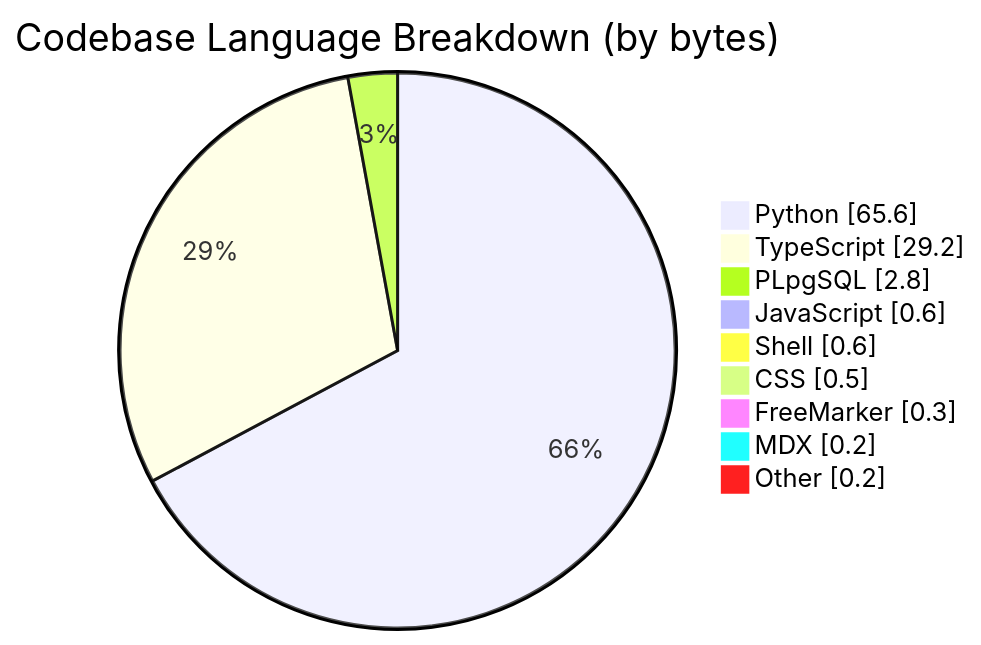
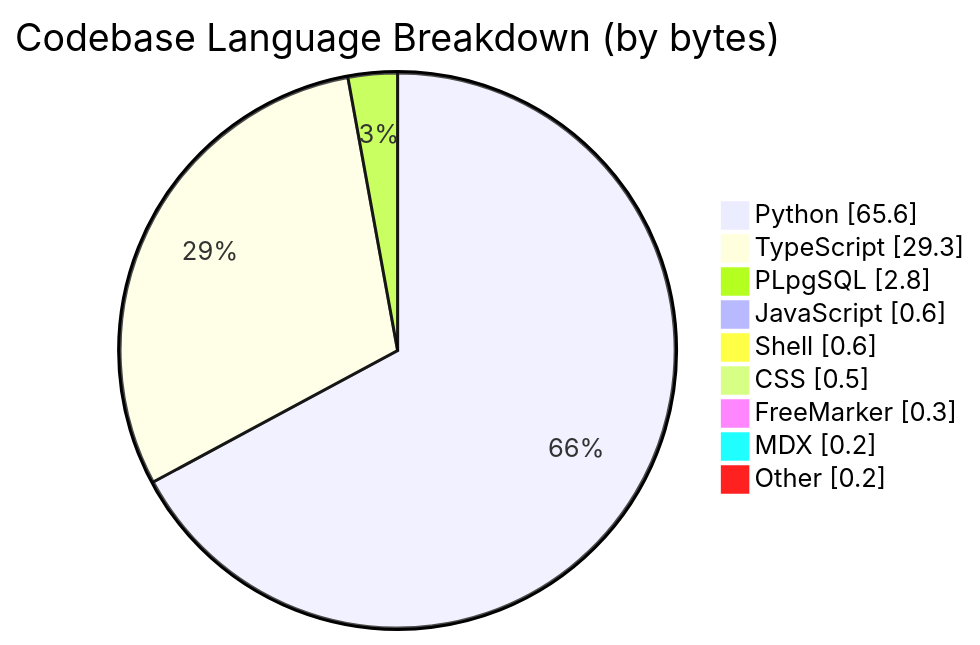
One commit to CSTH-Projects/.github changed the third of 4 diagrams in profile/README.md. Above: the diagram before and after it, drawn with Mermaid. The commit also changed other lines of this file, not shown here.

````diff
--- a/profile/README.md
+++ b/profile/README.md
@@ -63,13 +63,13 @@
 ```mermaid
 pie showData
     title Codebase Language Breakdown (by bytes)
     "Python" : 65.6
-    "TypeScript" : 29.2
+    "TypeScript" : 29.3
     "PLpgSQL" : 2.8
     "JavaScript" : 0.6
     "Shell" : 0.6
     "CSS" : 0.5
     "FreeMarker" : 0.3
     "MDX" : 0.2
     "Other" : 0.2
 ```
````
